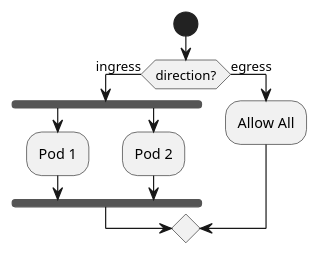
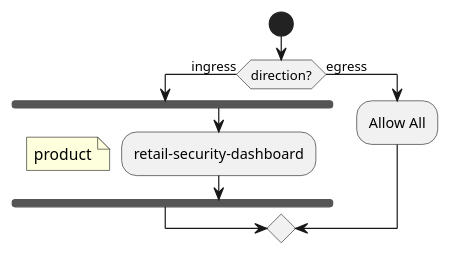
One commit to sergiorua/kube-network-flow changed the diagram in sample.plantuml. Above: the diagram before and after it, drawn with PlantUML. The commit also changed 2 other files, not shown here.

```diff
--- a/sample.plantuml
+++ b/sample.plantuml
@@ -1,15 +1,15 @@
-@startuml Pod
+@startuml retail-security-dashboard-app
 
 start
 
 if (direction?) then (ingress)
   fork
-    :Pod 1;
-  fork again
-    :Pod 2;
+    :retail-security-dashboard;
+    floating note left: product
+
   end fork
 else (egress)
   :Allow All;
 endif
 
 @enduml
```
